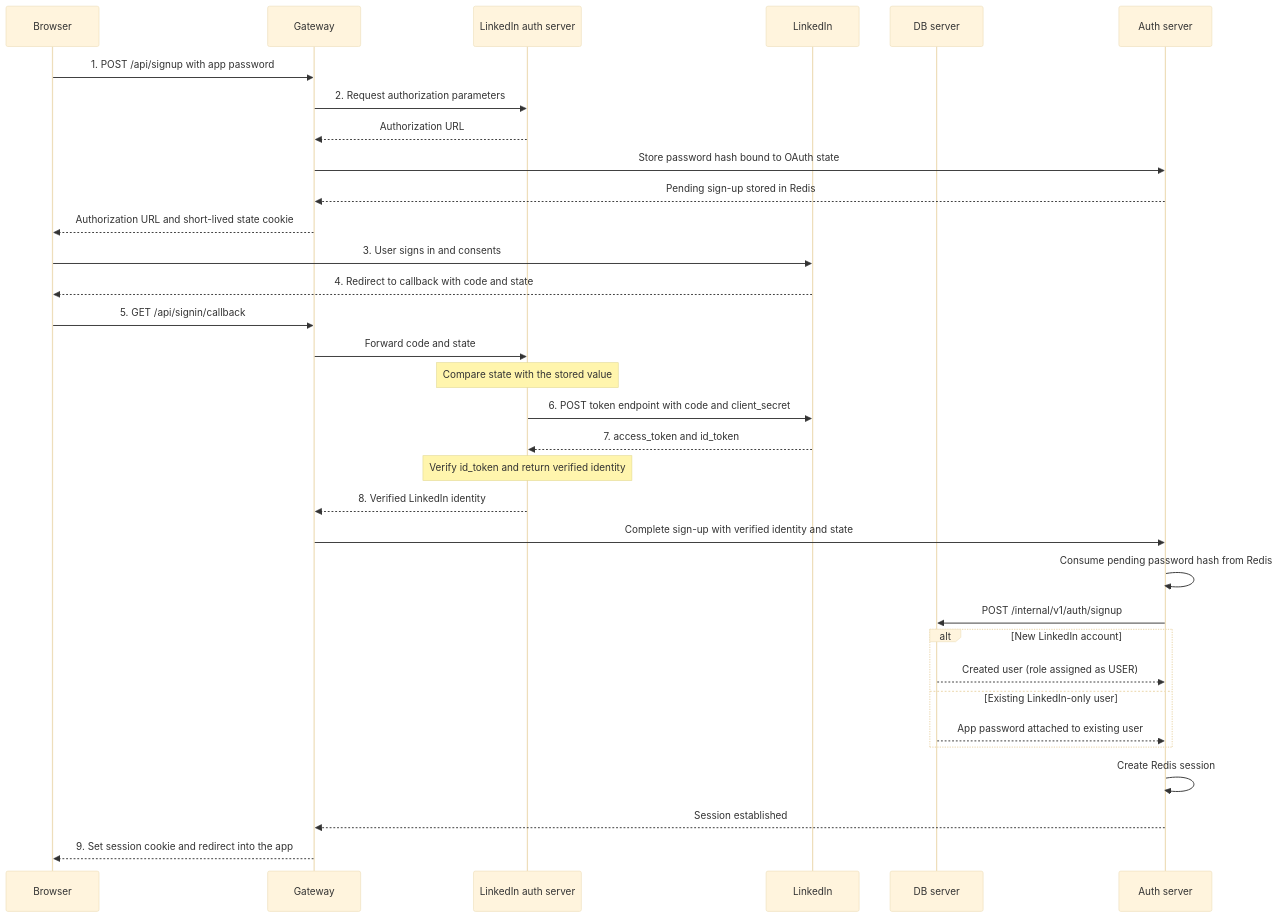
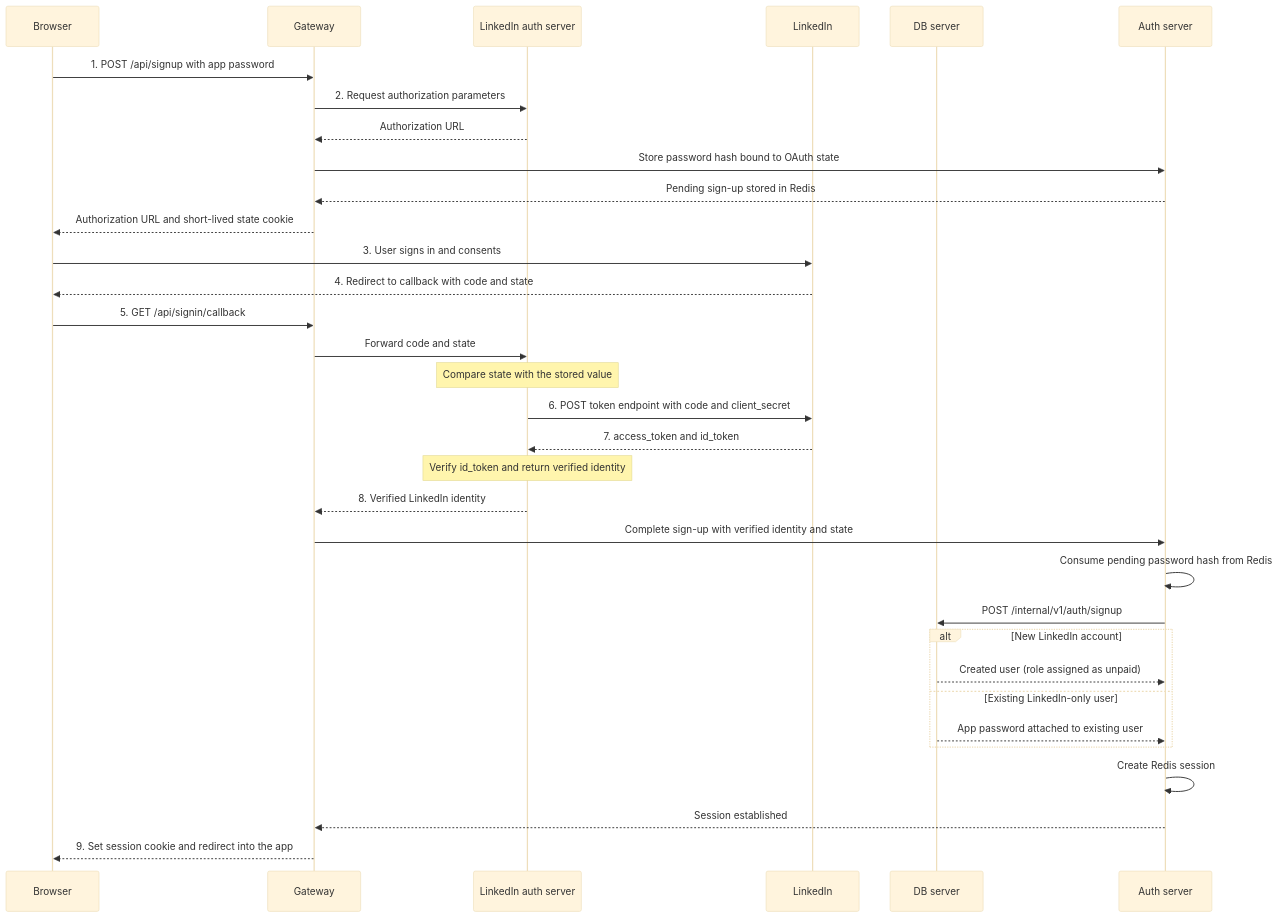
Before and after one commit to abt-bara/LinkedIn-Profile-Rating: the diagram in docs/LinkedIn-auth-flow.md, drawn with Mermaid (base theme). The commit also changed other lines of this file and 20 other files, not shown here.

````diff
--- a/docs/LinkedIn-auth-flow.md
+++ b/docs/LinkedIn-auth-flow.md
@@ -20,36 +20,36 @@
 ```mermaid
 sequenceDiagram
     participant B as Browser
     participant G as Gateway
     participant O as LinkedIn auth server
     participant L as LinkedIn
     participant D as DB server
     participant A as Auth server
 
     B->>G: 1. POST /api/signup with app password
     G->>O: 2. Request authorization parameters
     O-->>G: Authorization URL
     G->>A: Store password hash bound to OAuth state
     A-->>G: Pending sign-up stored in Redis
     G-->>B: Authorization URL and short-lived state cookie
     B->>L: 3. User signs in and consents
     L-->>B: 4. Redirect to callback with code and state
     B->>G: 5. GET /api/signin/callback
     G->>O: Forward code and state
     Note over O: Compare state with the stored value
     O->>L: 6. POST token endpoint with code and client_secret
     L-->>O: 7. access_token and id_token
     Note over O: Verify id_token and return verified identity
     O-->>G: 8. Verified LinkedIn identity
     G->>A: Complete sign-up with verified identity and state
     A->>A: Consume pending password hash from Redis
     A->>D: POST /internal/v1/auth/signup
     alt New LinkedIn account
-        D-->>A: Created user (role assigned as USER)
+        D-->>A: Created user (role assigned as unpaid)
     else Existing LinkedIn-only user
         D-->>A: App password attached to existing user
     end
     A->>A: Create Redis session
     A-->>G: Session established
     G-->>B: 9. Set session cookie and redirect into the app
 ```
````
